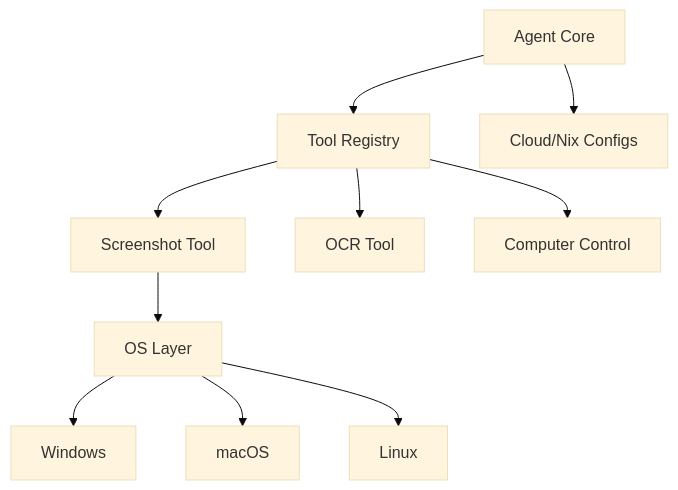
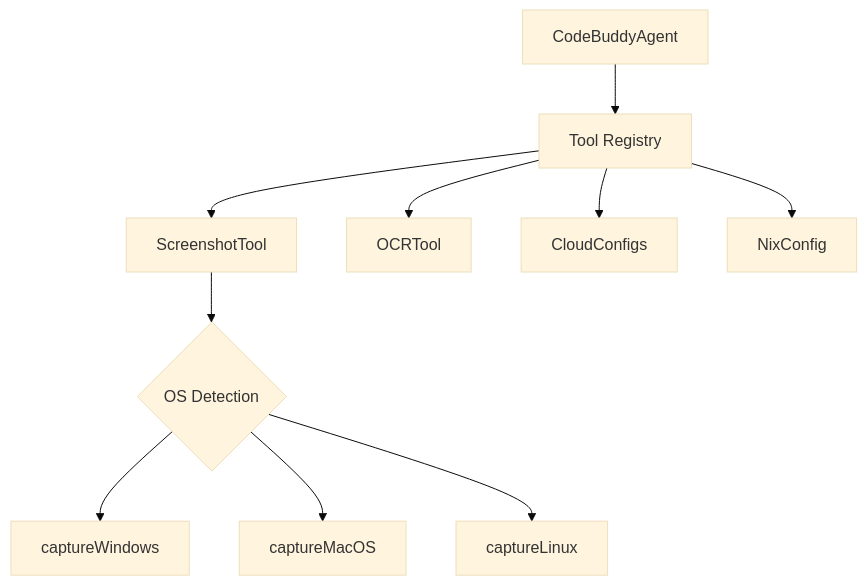
The diagram in .codebuddy/docs/3j-tool-implementations-cloud-deployment.md (Zeeeepa/code-buddy), drawn with Mermaid (base theme) before and after one commit. The commit also changed other lines of this file and 29 other files, not shown here.

````diff
--- a/.codebuddy/docs/3j-tool-implementations-cloud-deployment.md
+++ b/.codebuddy/docs/3j-tool-implementations-cloud-deployment.md
@@ -21,12 +9,12 @@
 ```mermaid
 graph TD
-    Agent[Agent Core] --> Registry[Tool Registry]
-    Registry --> Screenshot[Screenshot Tool]
-    Registry --> OCR[OCR Tool]
-    Registry --> Computer[Computer Control]
-    Agent --> Deploy[Cloud/Nix Configs]
-    Screenshot --> OS[OS Layer]
-    OS --> Win[Windows]
-    OS --> Mac[macOS]
-    OS --> Lin[Linux]
+    Agent[CodeBuddyAgent] --> Registry[Tool Registry]
+    Registry --> ST[ScreenshotTool]
+    Registry --> OCR[OCRTool]
+    Registry --> CC[CloudConfigs]
+    Registry --> NC[NixConfig]
+    ST --> OS{OS Detection}
+    OS --> Win[captureWindows]
+    OS --> Mac[captureMacOS]
+    OS --> Lin[captureLinux]
 ```
````
